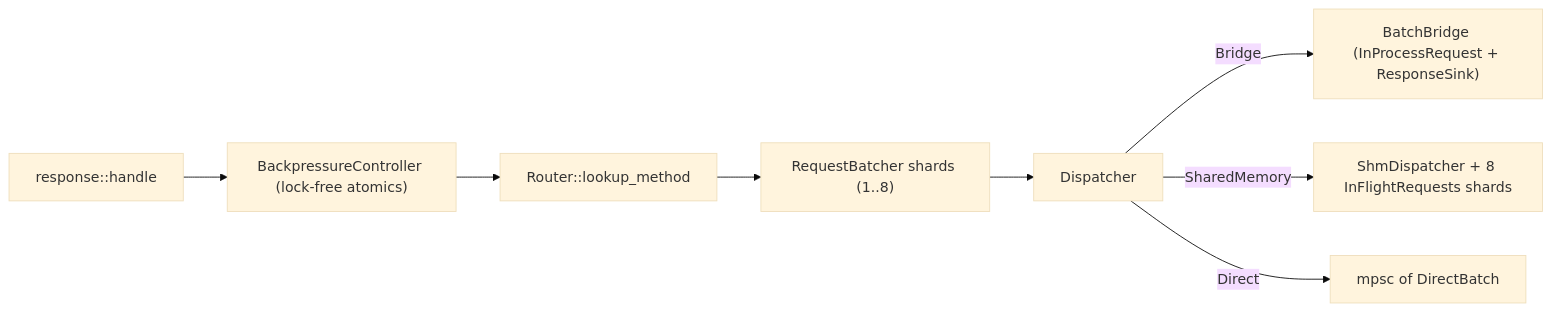
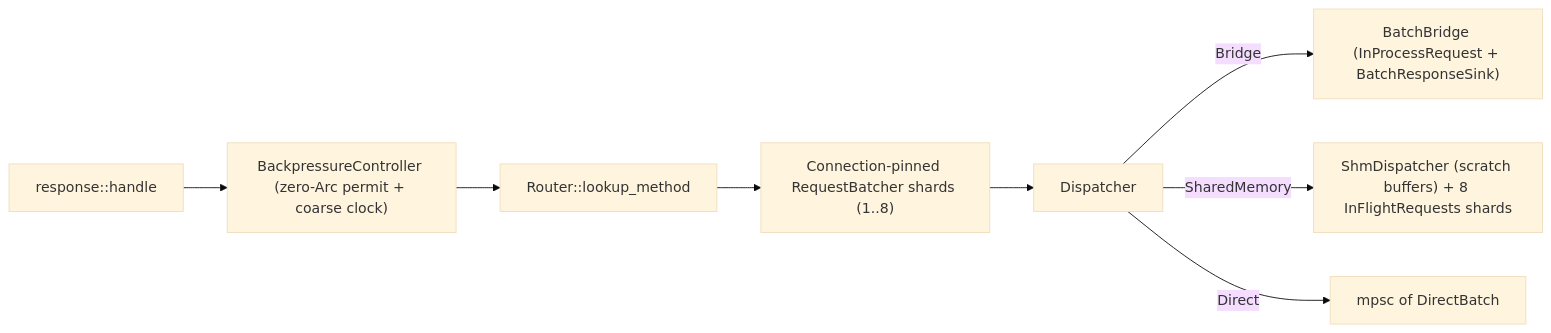
One commit to cofin/vertebra changed the diagram in .agents/bundles/knowledge/architecture/http/batching-dispatch-and-backpressure.md. Above: the diagram before and after it, drawn with Mermaid (base theme). The commit also changed other lines of this file and 317 other files, not shown here.

````diff
--- a/.agents/bundles/knowledge/architecture/http/batching-dispatch-and-backpressure.md
+++ b/.agents/bundles/knowledge/architecture/http/batching-dispatch-and-backpressure.md
@@ -76,10 +81,10 @@
 ```mermaid
 flowchart LR
-    Handle["response::handle"] --> BP["BackpressureController (lock-free atomics)"]
+    Handle["response::handle"] --> BP["BackpressureController (zero-Arc permit + coarse clock)"]
     BP --> Router["Router::lookup_method"]
-    Router --> Batcher["RequestBatcher shards (1..8)"]
+    Router --> Batcher["Connection-pinned RequestBatcher shards (1..8)"]
     Batcher --> Disp["Dispatcher"]
-    Disp -->|Bridge| Bridge["BatchBridge (InProcessRequest + ResponseSink)"]
-    Disp -->|SharedMemory| Shm["ShmDispatcher + 8 InFlightRequests shards"]
+    Disp -->|Bridge| Bridge["BatchBridge (InProcessRequest + BatchResponseSink)"]
+    Disp -->|SharedMemory| Shm["ShmDispatcher (scratch buffers) + 8 InFlightRequests shards"]
     Disp -->|Direct| Direct["mpsc of DirectBatch"]
 ```
````
